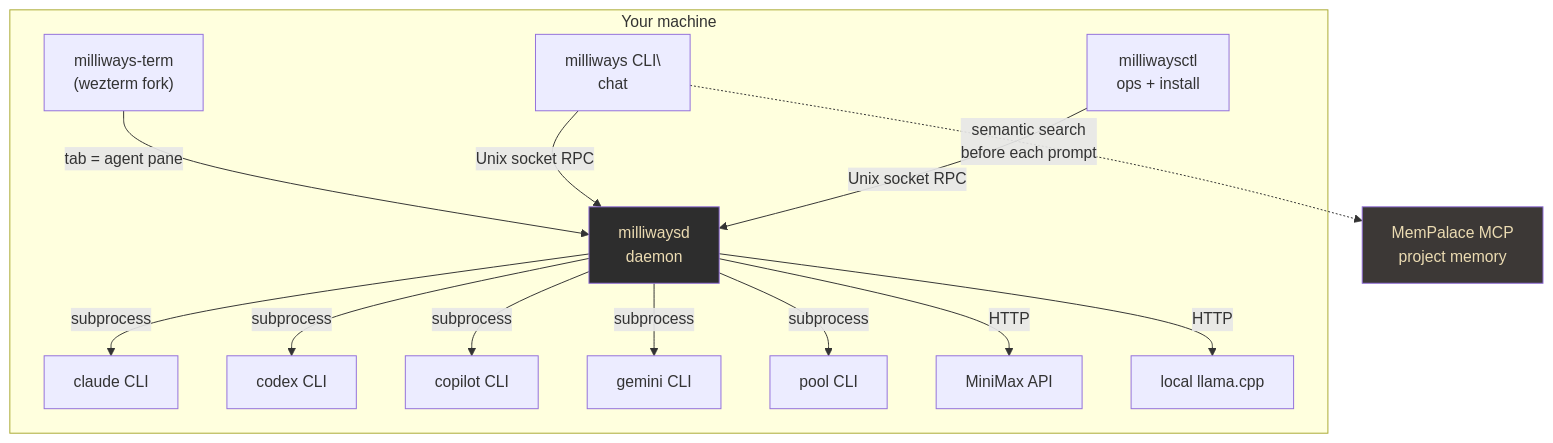
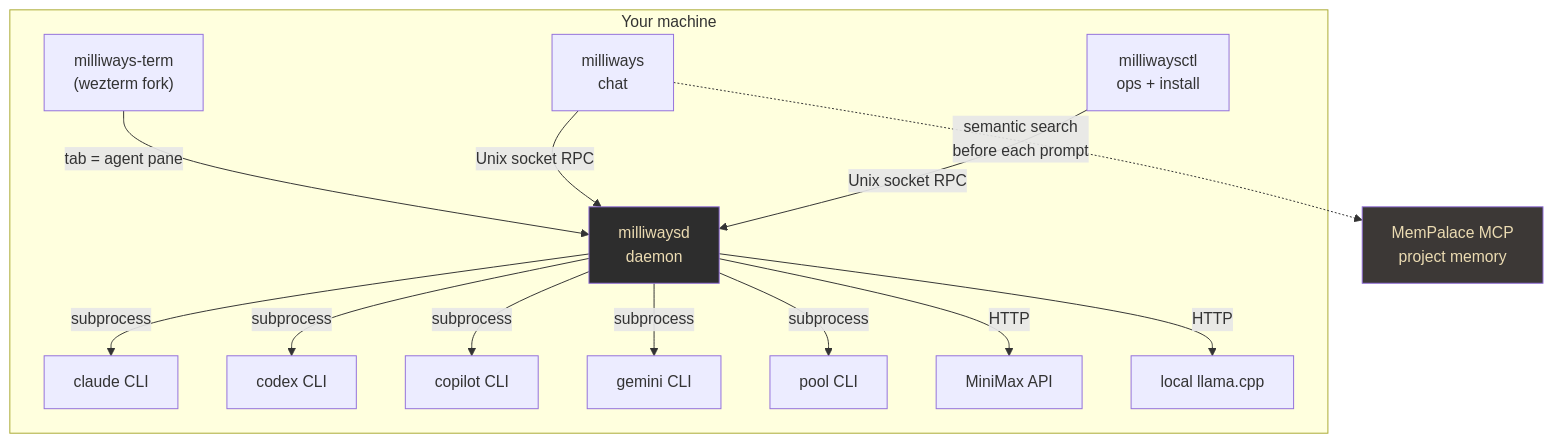
Before and after one commit to mwigge/milliways: the first of 3 diagrams in docs/milliways-blog.md, drawn with Mermaid. The commit also changed other lines of this file, not shown here.

First line of the commit message:
docs: rewrite milliways-blog.md as elevator pitch

````diff
--- a/docs/milliways-blog.md
+++ b/docs/milliways-blog.md
@@ -21,28 +21,28 @@
 ```mermaid
 graph TB
     subgraph "Your machine"
         T["milliways-term\n(wezterm fork)"]
-        C["milliways CLI\\nchat"]
+        C["milliways\nchat"]
         CTL["milliwaysctl\nops + install"]
-        
+
         T -->|"tab = agent pane"| D
         C -->|"Unix socket RPC"| D
         CTL -->|"Unix socket RPC"| D
 
         D["milliwaysd\ndaemon"]
 
         D -->|"subprocess"| R1["claude CLI"]
         D -->|"subprocess"| R2["codex CLI"]
         D -->|"subprocess"| R3["copilot CLI"]
         D -->|"subprocess"| R4["gemini CLI"]
         D -->|"subprocess"| R5["pool CLI"]
         D -->|"HTTP"| R6["MiniMax API"]
         D -->|"HTTP"| R7["local llama.cpp"]
     end
 
     MP["MemPalace MCP\nproject memory"]
     C -.->|"semantic search\nbefore each prompt"| MP
 
     style D fill:#2d2d2d,color:#ebdbb2
     style MP fill:#3c3836,color:#ebdbb2
 ```
````
